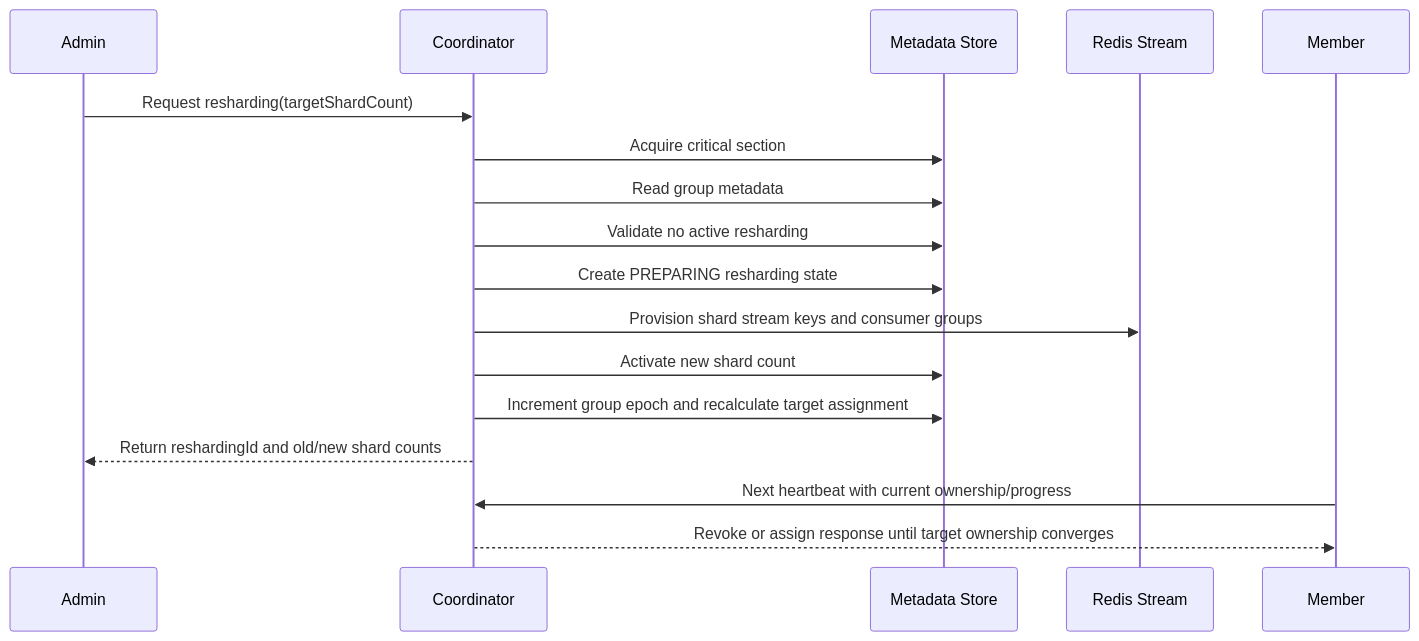
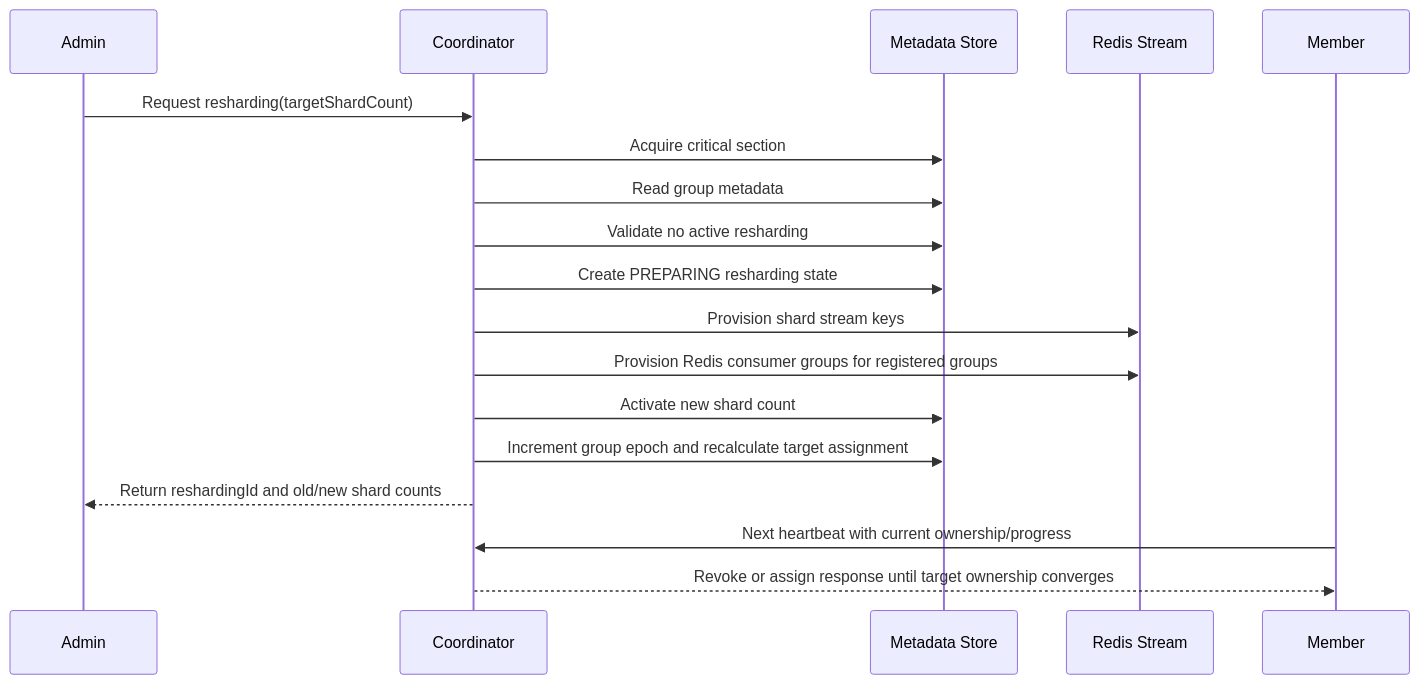
The diagram in docs/ko/prd/04-resharding-routing.md (ghkdqhrbals/redis-stream-coordinator), drawn with Mermaid before and after one commit. The commit also changed other lines of this file and 32 other files, not shown here.

Commit message:
Release redis stream coordinator 0.3.1

````diff
--- a/docs/ko/prd/04-resharding-routing.md
+++ b/docs/ko/prd/04-resharding-routing.md
@@ -74,20 +74,21 @@
 ```mermaid
 sequenceDiagram
     participant Admin
     participant C as Coordinator
     participant Store as Metadata Store
     participant Stream as Redis Stream
     participant M as Member
 
     Admin->>C: Request resharding(targetShardCount)
     C->>Store: Acquire critical section
     C->>Store: Read group metadata
     C->>Store: Validate no active resharding
     C->>Store: Create PREPARING resharding state
-    C->>Stream: Provision shard stream keys and consumer groups
+    C->>Stream: Provision shard stream keys
+    C->>Stream: Provision Redis consumer groups for registered groups
     C->>Store: Activate new shard count
     C->>Store: Increment group epoch and recalculate target assignment
     C-->>Admin: Return reshardingId and old/new shard counts
     M->>C: Next heartbeat with current ownership/progress
     C-->>M: Revoke or assign response until target ownership converges
 ```
````
